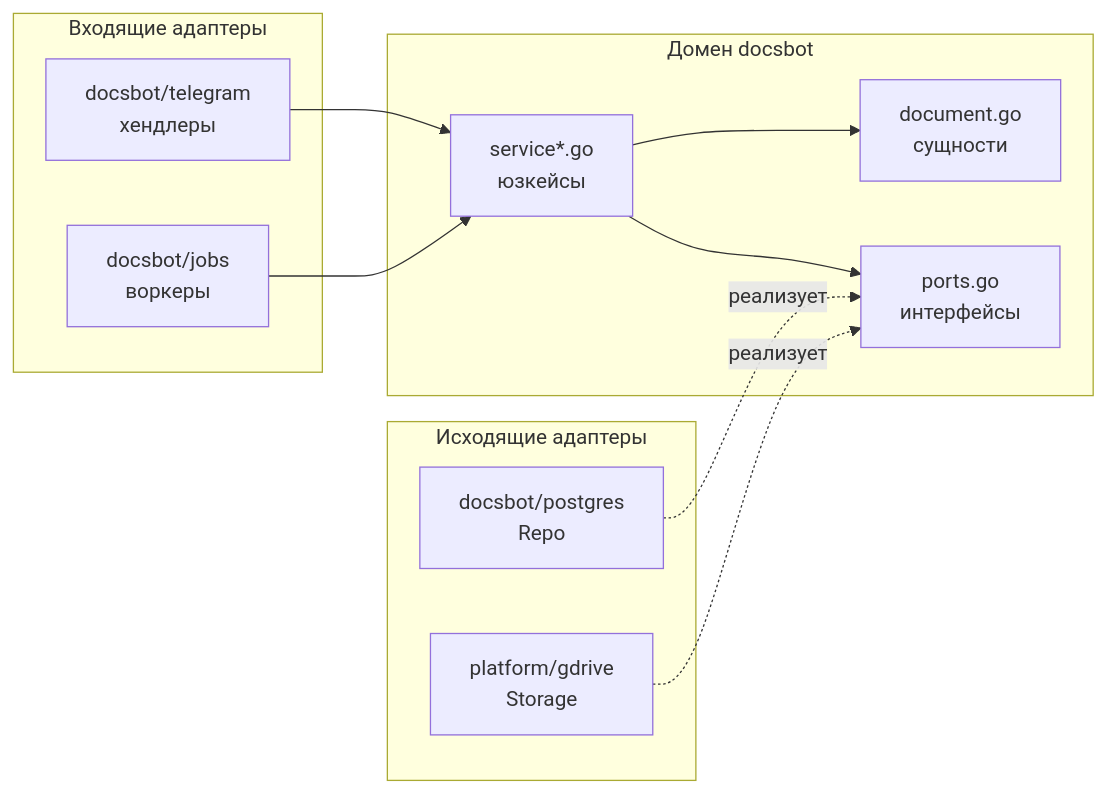
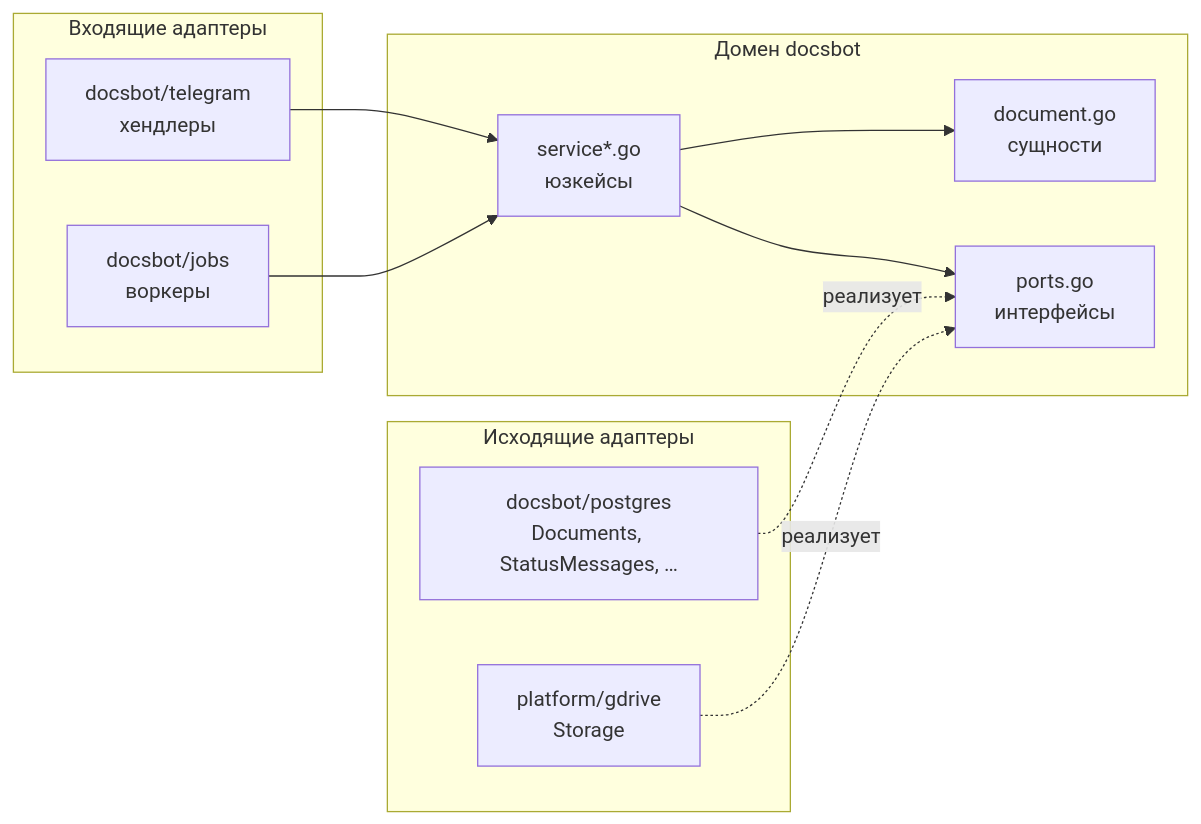
Before and after one commit to alexe0110/most-app: the first of 3 diagrams in docs/code_conventions.md, drawn with Mermaid. The commit also changed other lines of this file and 1 other file, not shown here.

Commit message:
docs: describe JobInserter, inTx and the postgres adapters

````diff
--- a/docs/code_conventions.md
+++ b/docs/code_conventions.md
@@ -9,23 +9,23 @@
 ```mermaid
 flowchart LR
     subgraph IN["Входящие адаптеры"]
         TGH["docsbot/telegram<br/>хендлеры"]
         JOB["docsbot/jobs<br/>воркеры"]
     end
     subgraph DOM["Домен docsbot"]
         SVC["service*.go<br/>юзкейсы"]
         ENT["document.go<br/>сущности"]
         PORTS["ports.go<br/>интерфейсы"]
     end
     subgraph OUT["Исходящие адаптеры"]
-        PG["docsbot/postgres<br/>Repo"]
+        PG["docsbot/postgres<br/>Documents, StatusMessages, …"]
         GD["platform/gdrive<br/>Storage"]
     end
 
     TGH --> SVC
     JOB --> SVC
     SVC --> ENT
     SVC --> PORTS
     PG -. реализует .-> PORTS
     GD -. реализует .-> PORTS
 ```
````
